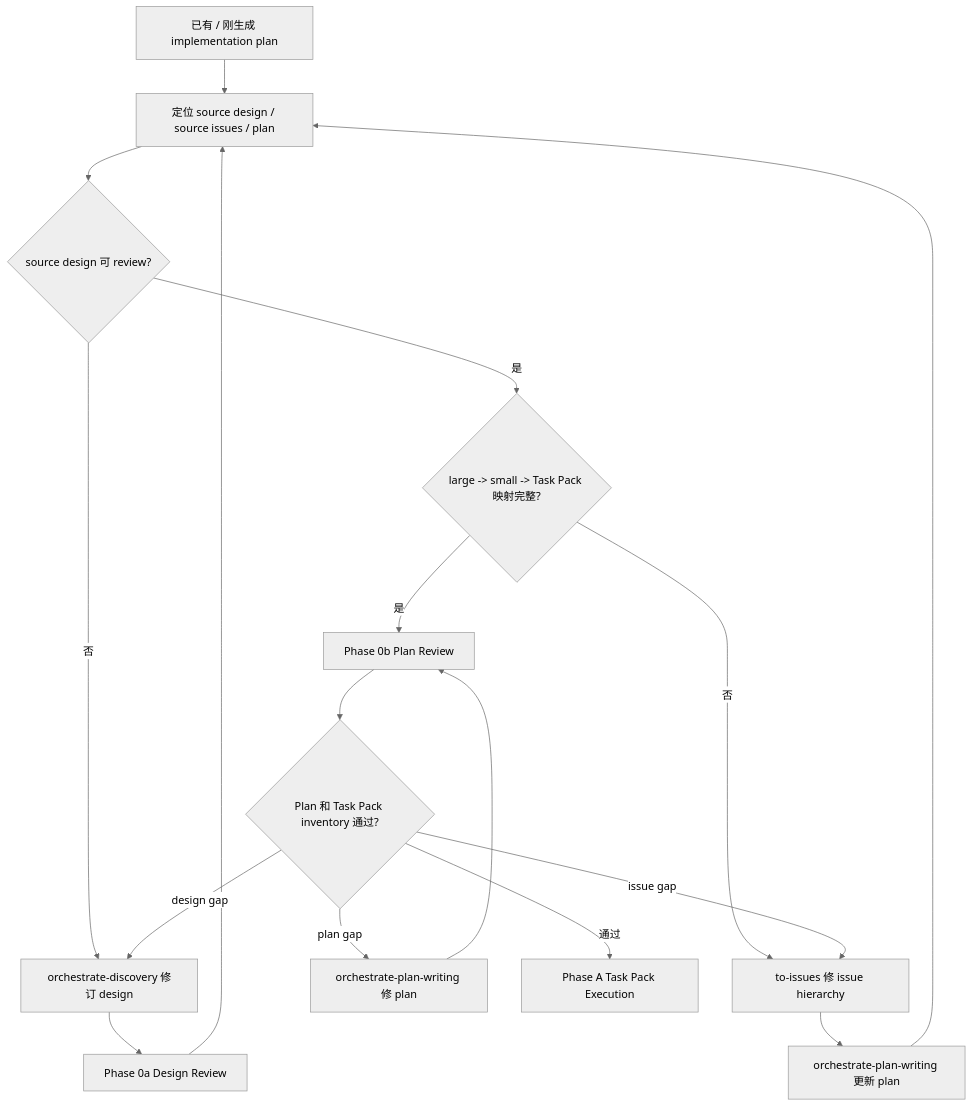
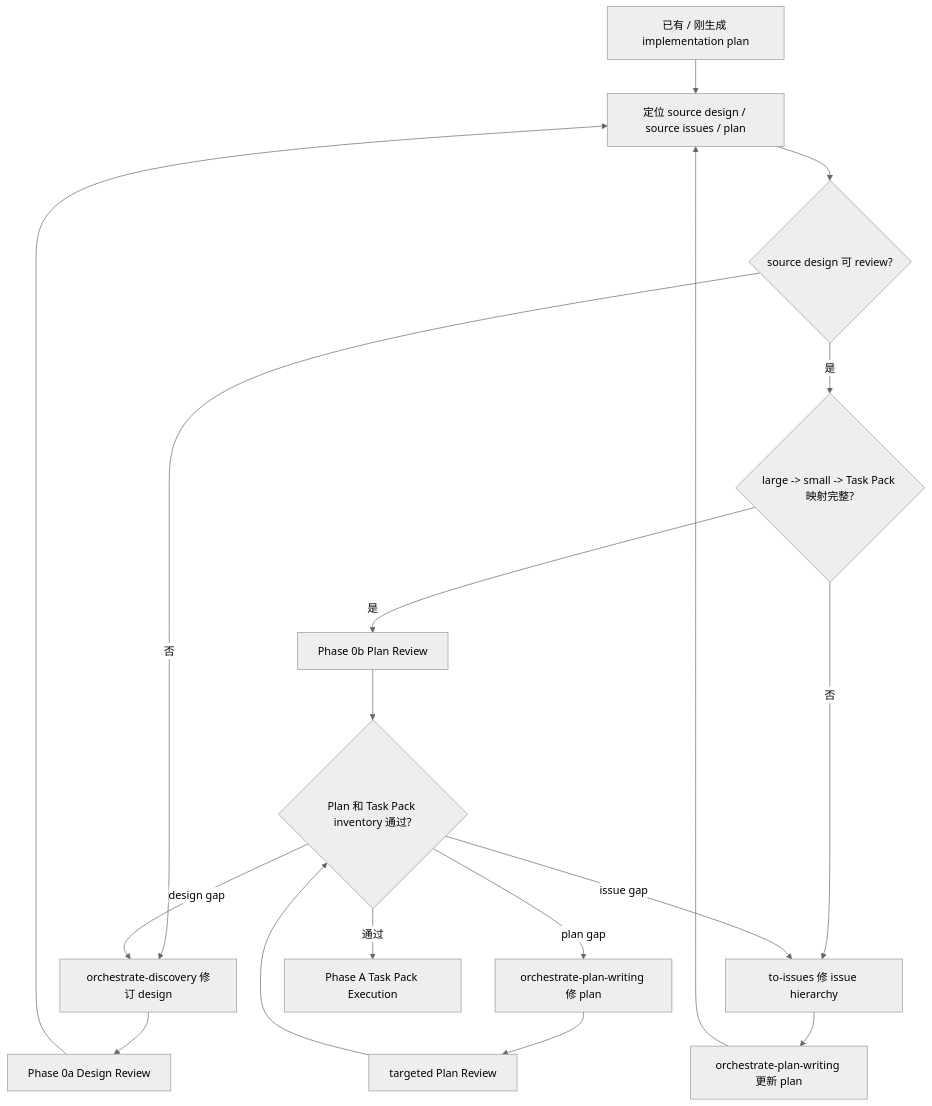
Before and after one commit to chancheuklap/multi-model-workflow: the diagram in .agents/skills/orchestrate-workflow/references/plan-review.md, drawn with Mermaid (neutral theme). The commit also changed 14 other files, not shown here.

````diff
--- a/.agents/skills/orchestrate-workflow/references/plan-review.md
+++ b/.agents/skills/orchestrate-workflow/references/plan-review.md
@@ -30,19 +30,20 @@
 ```mermaid
 flowchart TD
     A["已有 / 刚生成 implementation plan"] --> B["定位 source design / source issues / plan"]
     B --> C{"source design 可 review?"}
     C -->|否| D["orchestrate-discovery 修订 design"]
     D --> E["Phase 0a Design Review"]
     E --> B
     C -->|是| F{"large -> small -> Task Pack 映射完整?"}
     F -->|否| G["to-issues 修 issue hierarchy"]
     G --> R["orchestrate-plan-writing 更新 plan"]
     R --> B
     F -->|是| H["Phase 0b Plan Review"]
     H --> I{"Plan 和 Task Pack inventory 通过?"}
     I -->|plan gap| J["orchestrate-plan-writing 修 plan"]
-    J --> H
+    J --> T["targeted Plan Review"]
+    T --> I
     I -->|design gap| D
     I -->|issue gap| G
     I -->|通过| K["Phase A Task Pack Execution"]
 ```
````
